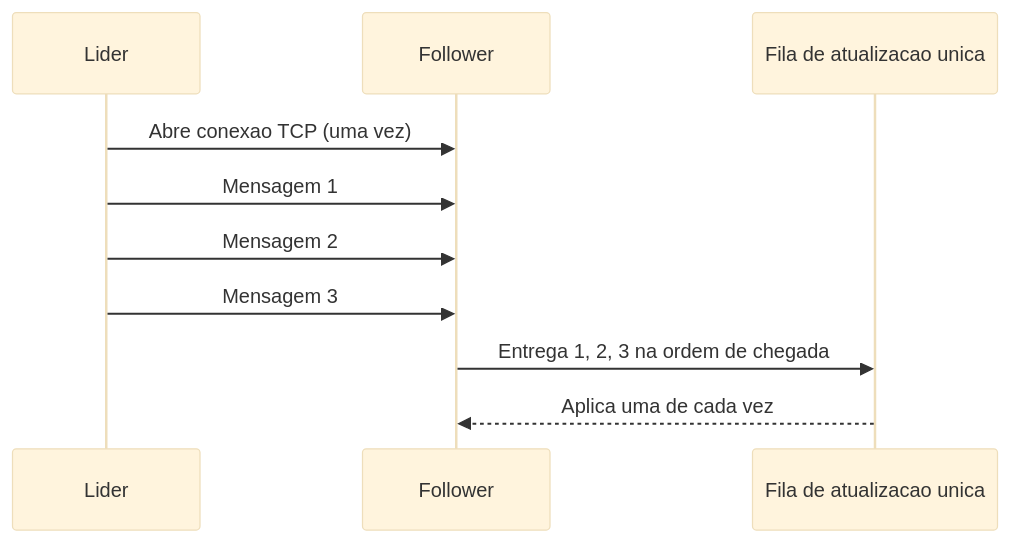
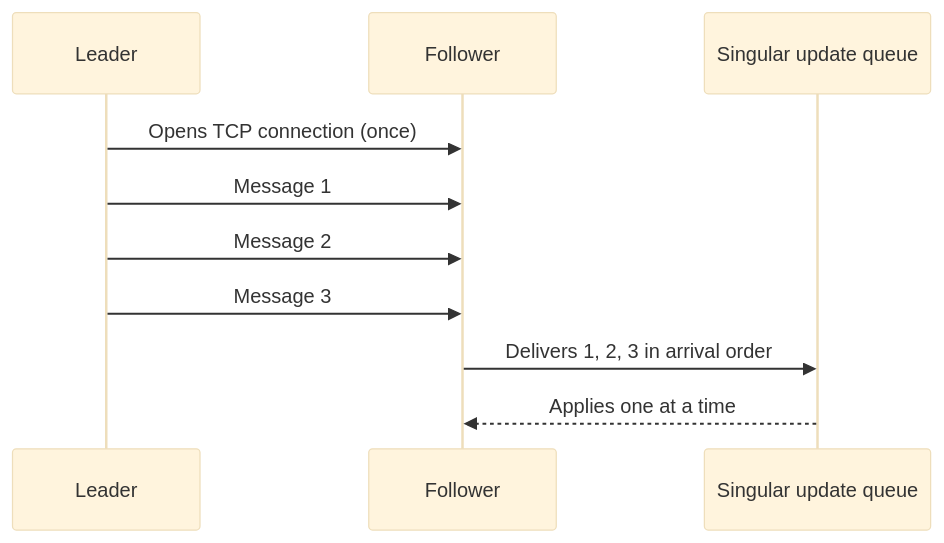
The diagram in docs/architecture/distributed-systems/node-communication/single-socket-channel.md (alancesar/design-patterns), drawn with Mermaid (base theme) before and after one commit. The commit also changed 258 other files, not shown here.

First line of the commit message:
Translate Mermaid diagrams to English

````diff
--- a/docs/architecture/distributed-systems/node-communication/single-socket-channel.md
+++ b/docs/architecture/distributed-systems/node-communication/single-socket-channel.md
@@ -56,12 +56,12 @@
 ```mermaid
 sequenceDiagram
-    participant L as Lider
+    participant L as Leader
     participant F as Follower
-    participant Q as Fila de atualizacao unica
-    L->>F: Abre conexao TCP (uma vez)
-    L->>F: Mensagem 1
-    L->>F: Mensagem 2
-    L->>F: Mensagem 3
-    F->>Q: Entrega 1, 2, 3 na ordem de chegada
-    Q-->>F: Aplica uma de cada vez
+    participant Q as Singular update queue
+    L->>F: Opens TCP connection (once)
+    L->>F: Message 1
+    L->>F: Message 2
+    L->>F: Message 3
+    F->>Q: Delivers 1, 2, 3 in arrival order
+    Q-->>F: Applies one at a time
 ```
````
